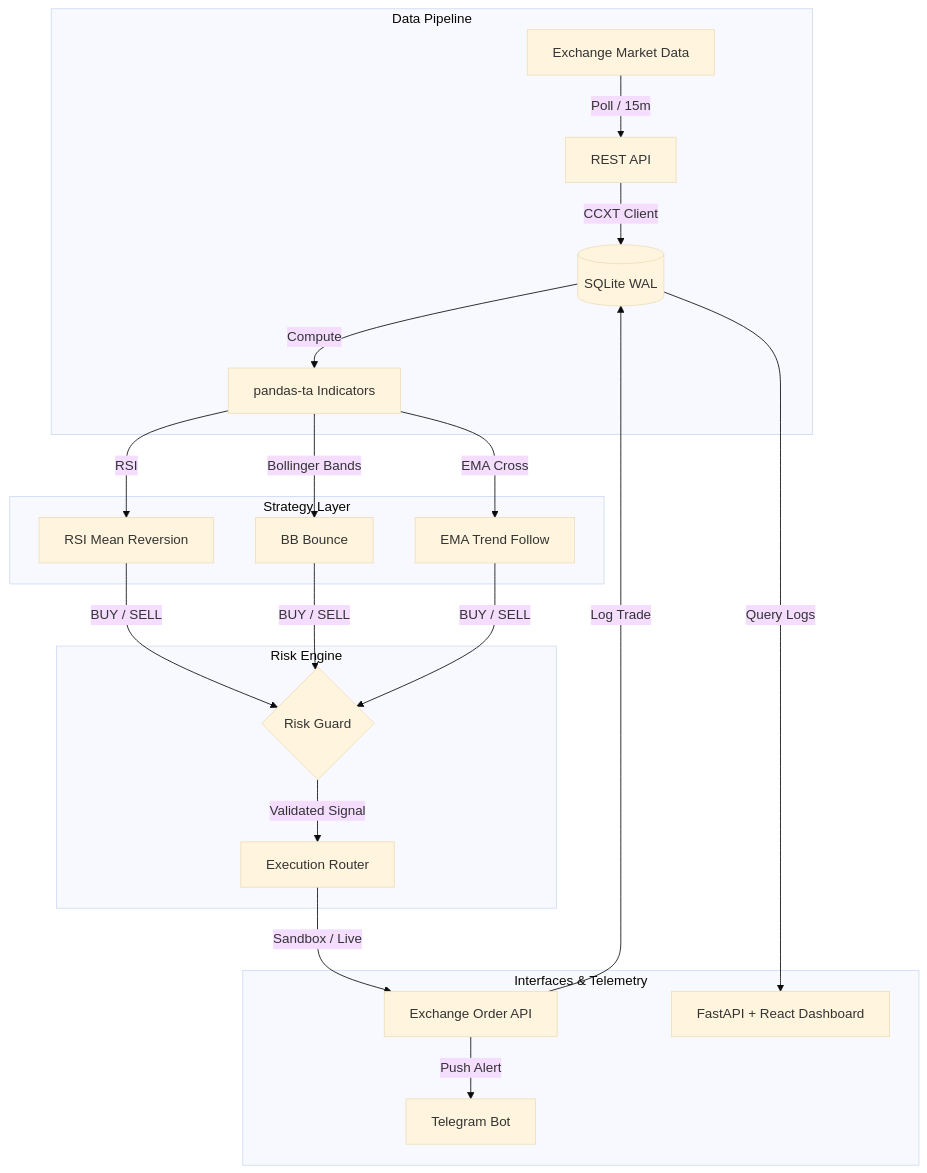
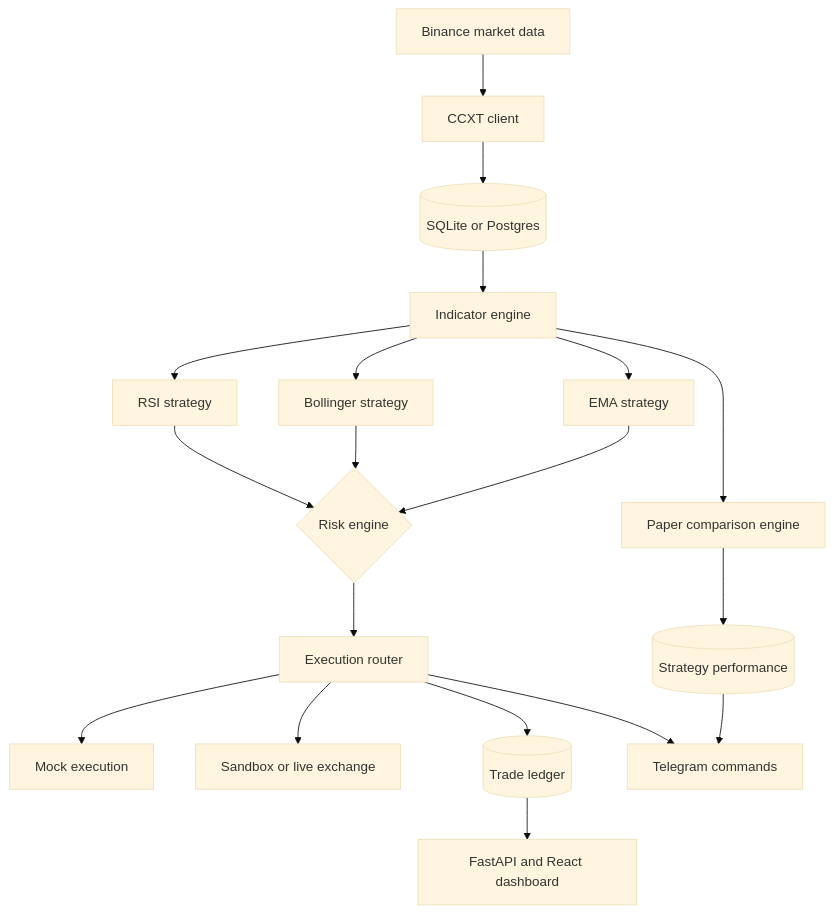
The diagram in README.md (Ashborn-047/one-guard), drawn with Mermaid (base theme) before and after one commit. The commit also changed other lines of this file, not shown here.

Commit message:
docs: update readme for latest bot changes

````diff
--- a/README.md
+++ b/README.md
@@ -51,28 +56,21 @@
 ```mermaid
 graph TD
-    subgraph Ingestion [Data Pipeline]
-        MKT[Exchange Market Data] -->|Poll / 15m| REST[REST API]
-        REST -->|CCXT Client| DB_WRITE[(SQLite WAL)]
-        DB_WRITE -->|Compute| IND[pandas-ta Indicators]
-    end
-
-    subgraph Strategies [Strategy Layer]
-        IND -->|RSI| STRA[RSI Mean Reversion]
-        IND -->|Bollinger Bands| STRB[BB Bounce]
-        IND -->|EMA Cross| STRC[EMA Trend Follow]
-    end
-
-    subgraph Defense [Risk Engine]
-        STRA -->|BUY / SELL| RISK{Risk Guard}
-        STRB -->|BUY / SELL| RISK
-        STRC -->|BUY / SELL| RISK
-        RISK -->|Validated Signal| EXEC[Execution Router]
-    end
-
-    subgraph Output [Interfaces & Telemetry]
-        EXEC -->|Sandbox / Live| EX_API[Exchange Order API]
-        EX_API -->|Log Trade| DB_WRITE
-        DB_WRITE -->|Query Logs| DASH[FastAPI + React Dashboard]
-        EX_API -->|Push Alert| TG[Telegram Bot]
-    end
+    MKT[Binance market data] --> API[CCXT client]
+    API --> DB[(SQLite or Postgres)]
+    DB --> IND[Indicator engine]
+    IND --> RSI[RSI strategy]
+    IND --> BB[Bollinger strategy]
+    IND --> EMA[EMA strategy]
+    RSI --> RISK{Risk engine}
+    BB --> RISK
+    EMA --> RISK
+    RISK --> EXEC[Execution router]
+    EXEC --> MOCK[Mock execution]
+    EXEC --> EXCH[Sandbox or live exchange]
+    EXEC --> TRADES[(Trade ledger)]
+    IND --> PAPER[Paper comparison engine]
+    PAPER --> PERF[(Strategy performance)]
+    TRADES --> DASH[FastAPI and React dashboard]
+    PERF --> TG[Telegram commands]
+    EXEC --> TG
 ```
````
